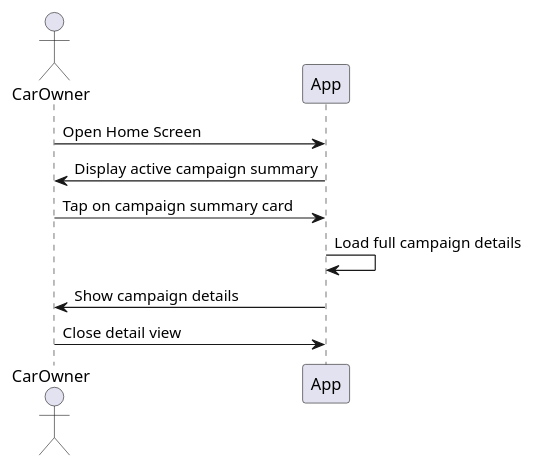
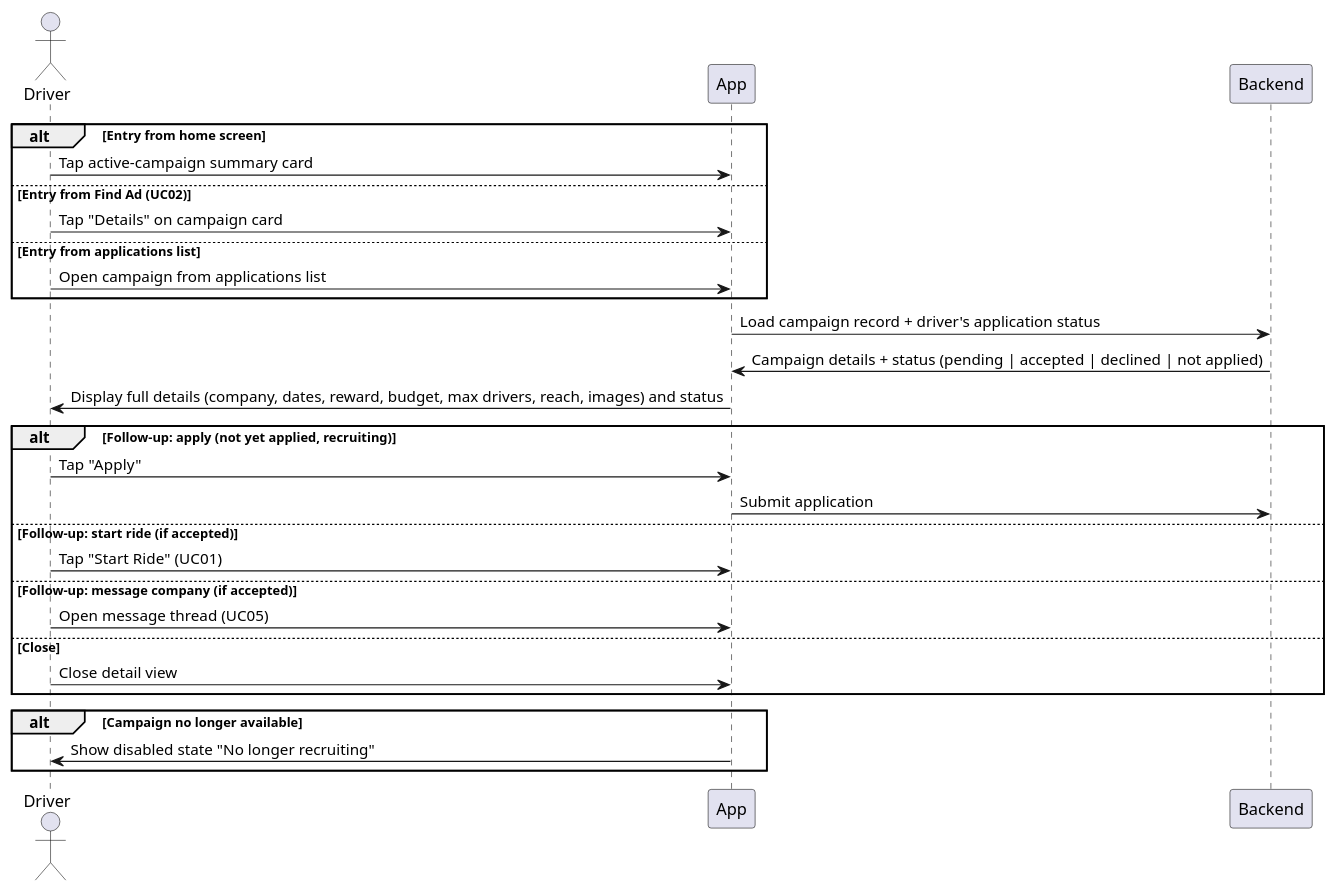
The diagram in DOCS/Usecases/User/InspectCampaignDetails/InspectCampaignDiagram.puml (TheXik/Ad-on-Wheels), drawn with PlantUML before and after one commit. The commit also changed 19 other files, not shown here.

Commit message:
docs: update puml diagrams and the svg

```diff
--- a/DOCS/Usecases/User/InspectCampaignDetails/InspectCampaignDiagram.puml
+++ b/DOCS/Usecases/User/InspectCampaignDetails/InspectCampaignDiagram.puml
@@ -1,14 +1,31 @@
 @startuml DisplayCampaignDetails
-actor CarOwner
+actor Driver
 
-CarOwner -> App : Open Home Screen
-App -> CarOwner : Display active campaign summary
+alt Entry from home screen
+    Driver -> App : Tap active-campaign summary card
+else Entry from Find Ad (UC02)
+    Driver -> App : Tap "Details" on campaign card
+else Entry from applications list
+    Driver -> App : Open campaign from applications list
+end
 
-CarOwner -> App : Tap on campaign summary card
-App -> App : Load full campaign details
+App -> Backend : Load campaign record + driver's application status
+Backend -> App : Campaign details + status (pending | accepted | declined | not applied)
+App -> Driver : Display full details (company, dates, reward, budget, max drivers, reach, images) and status
 
-App -> CarOwner : Show campaign details
+alt Follow-up: apply (not yet applied, recruiting)
+    Driver -> App : Tap "Apply"
+    App -> Backend : Submit application
+else Follow-up: start ride (if accepted)
+    Driver -> App : Tap "Start Ride" (UC01)
+else Follow-up: message company (if accepted)
+    Driver -> App : Open message thread (UC05)
+else Close
+    Driver -> App : Close detail view
+end
 
-CarOwner -> App : Close detail view
+alt Campaign no longer available
+    App -> Driver : Show disabled state "No longer recruiting"
+end
 
 @enduml
```
